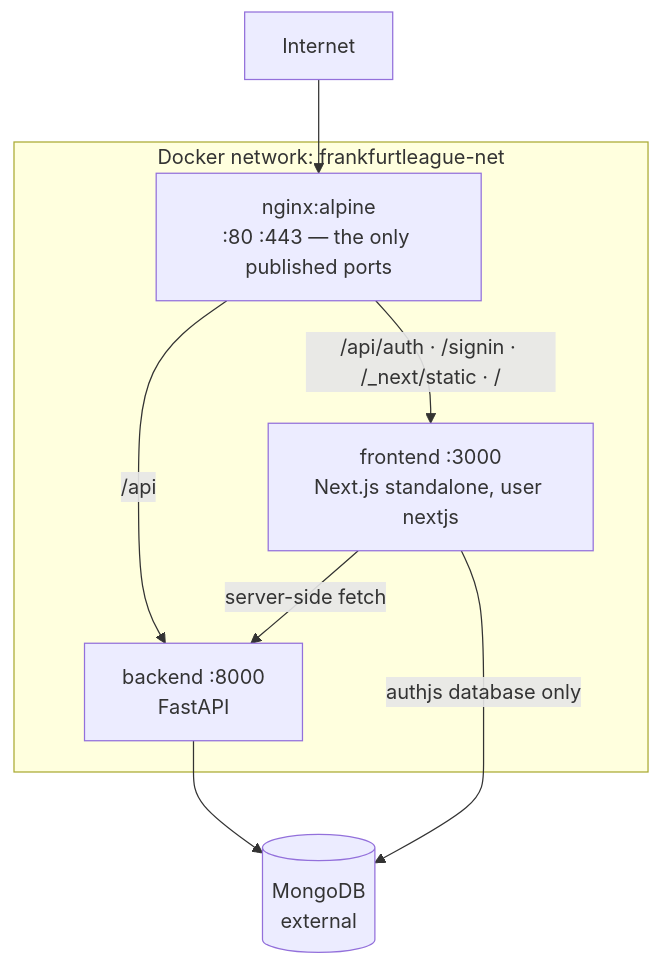
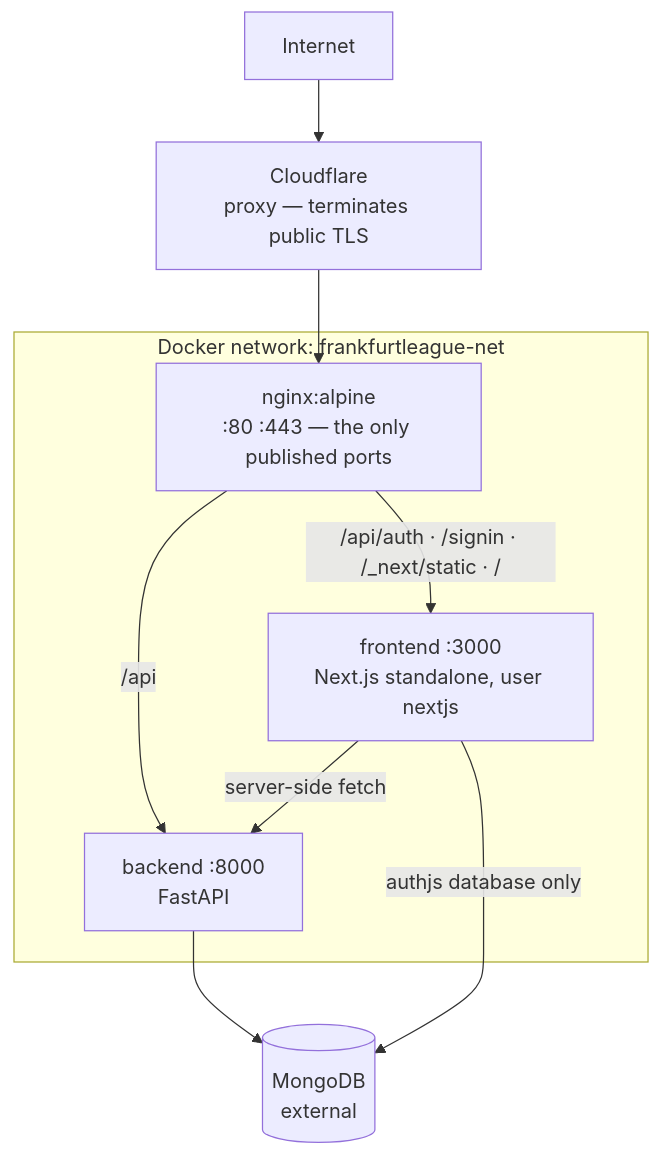
One commit to felzab/frankfurtleague changed the diagram in docs/ops/overview.md. Above: the diagram before and after it, drawn with Mermaid. The commit also changed other lines of this file and 2 other files, not shown here.

First line of the commit message:
Ops: serve www over HTTPS, and document the Cloudflare tier

````diff
--- a/docs/ops/overview.md
+++ b/docs/ops/overview.md
@@ -16,19 +16,21 @@
 ```mermaid
 graph TB
     internet["Internet"]
+    cf["Cloudflare<br/>proxy — terminates public TLS"]
 
     subgraph net["Docker network: frankfurtleague-net"]
         nginx["nginx:alpine<br/>:80 :443 — the only published ports"]
         fe["frontend :3000<br/>Next.js standalone, user nextjs"]
         be["backend :8000<br/>FastAPI"]
     end
 
     mongo[("MongoDB<br/>external")]
 
-    internet --> nginx
+    internet --> cf
+    cf --> nginx
     nginx -->|"/api"| be
     nginx -->|"/api/auth · /signin · /_next/static · /"| fe
     fe -->|"server-side fetch"| be
     fe -->|"authjs database only"| mongo
     be --> mongo
 ```
````
